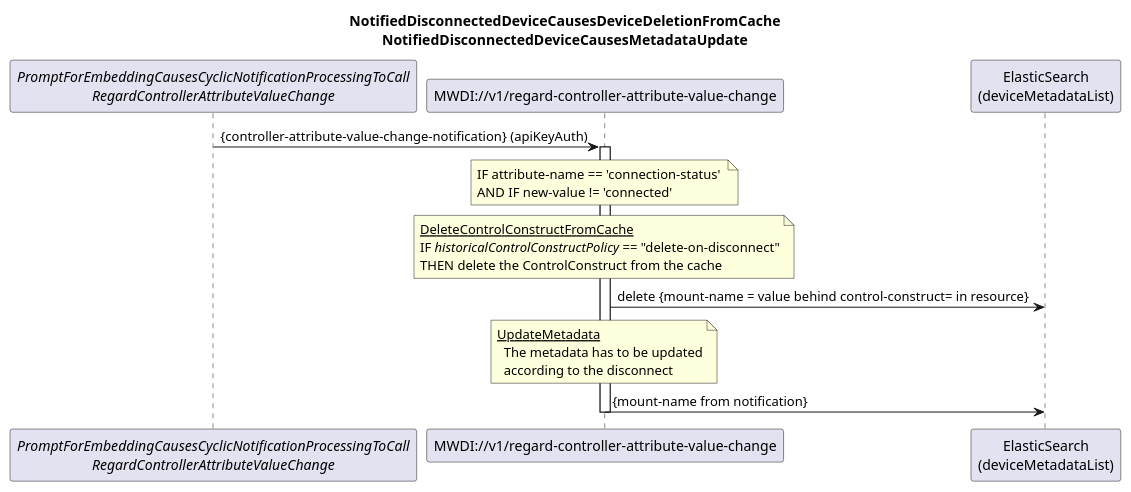
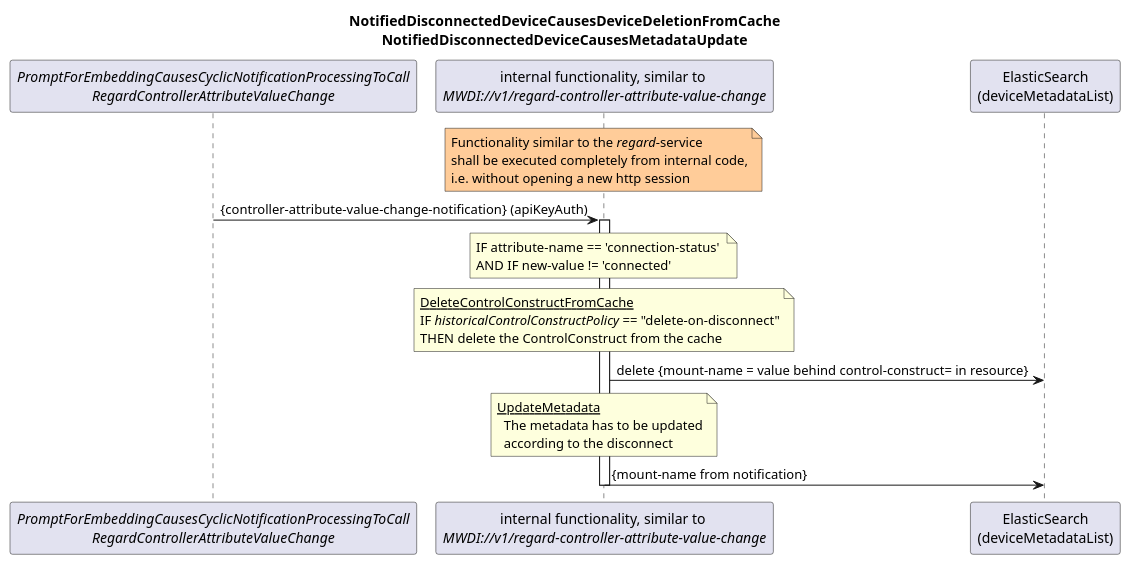
One commit to openBackhaul/MicroWaveDeviceInventory changed the diagram in spec/diagrams/021_NotificationBasedDeviceListSyncDisconnectUpdate.plantuml. Above: the diagram before and after it, drawn with PlantUML. The commit also changed 13 other files, not shown here.

Commit message:
fix diagrams

```diff
--- a/spec/diagrams/021_NotificationBasedDeviceListSyncDisconnectUpdate.plantuml
+++ b/spec/diagrams/021_NotificationBasedDeviceListSyncDisconnectUpdate.plantuml
@@ -1,39 +1,46 @@
 @startuml 021_NotificationBasedDeviceListSyncDisconnectUpdate
 skinparam responseMessageBelowArrow true
 
 title  
   NotifiedDisconnectedDeviceCausesDeviceDeletionFromCache
   NotifiedDisconnectedDeviceCausesMetadataUpdate
 end title
 
 participant "<i>PromptForEmbeddingCausesCyclicNotificationProcessingToCall</i>\n<i>RegardControllerAttributeValueChange</i>" as init
-participant "MWDI://v1/regard-controller-attribute-value-change" as regardDisconnectedDevice
+participant "internal functionality, similar to \n<i>MWDI://v1/regard-controller-attribute-value-change</i>" as regardDisconnectedDevice
 participant "ElasticSearch\n(deviceMetadataList)" as es
+
+
+note over regardDisconnectedDevice #ffcc99
+  Functionality similar to the <i>regard</i>-service
+  shall be executed completely from internal code,
+  i.e. without opening a new http session
+end note
 
 init -> regardDisconnectedDevice: {controller-attribute-value-change-notification} (apiKeyAuth)
 activate regardDisconnectedDevice
 
 note over regardDisconnectedDevice
 IF attribute-name == 'connection-status' 
 AND IF new-value != 'connected'
 end note
 
 note over regardDisconnectedDevice
   <u>DeleteControlConstructFromCache</u>
   IF <i>historicalControlConstructPolicy</i> == "delete-on-disconnect"
   THEN delete the ControlConstruct from the cache
 end note
 regardDisconnectedDevice -> es: delete {mount-name = value behind control-construct= in resource}
 
 
 note over regardDisconnectedDevice
   <u>UpdateMetadata</u>
     The metadata has to be updated
     according to the disconnect
 end note
 regardDisconnectedDevice -> es: {mount-name from notification}
 
 
 deactivate regardDisconnectedDevice
 
 @enduml
```
